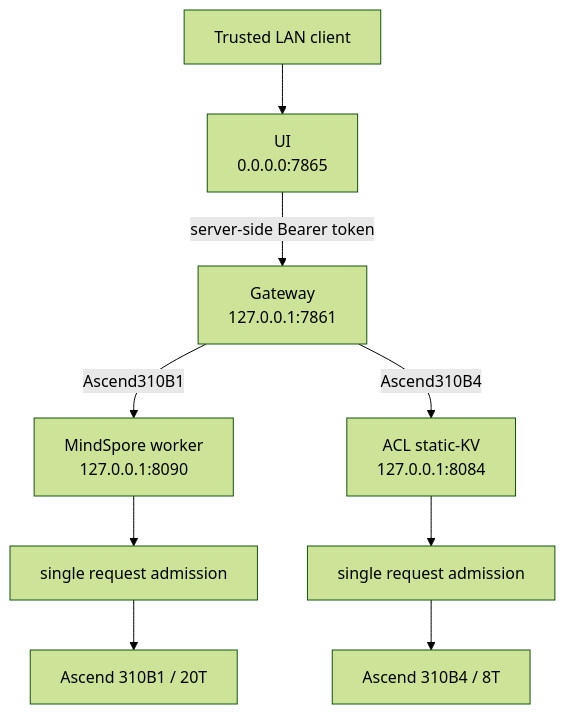
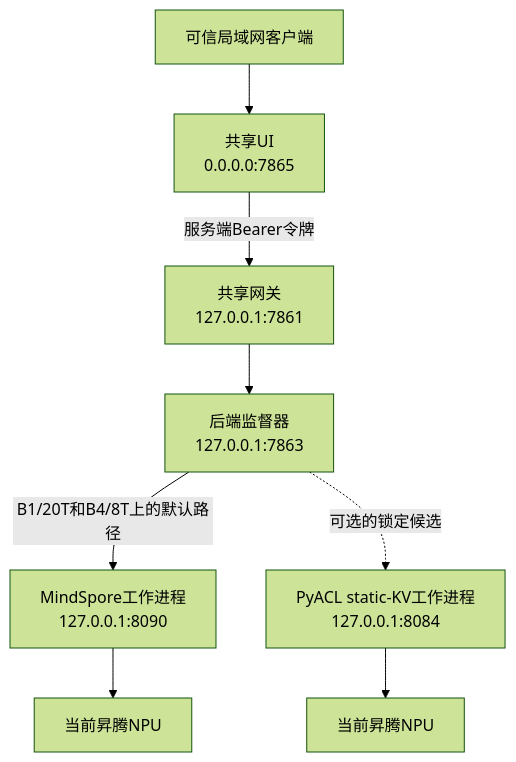
Before and after one commit to zhouxzh/Ascend310: the diagram in samples/case9/docs/00-release-overview.md, drawn with Mermaid (forest theme). The commit also changed other lines of this file and 86 other files, not shown here.

Commit message:
case9: unify MindSpore chat runtime across 8T and 20T

````diff
--- a/samples/case9/docs/00-release-overview.md
+++ b/samples/case9/docs/00-release-overview.md
@@ -11,14 +11,13 @@
 ```mermaid
 flowchart TB
-    accTitle: Ascend Edge Chat process boundaries
-    accDescr: The browser accesses only the UI. The UI owns the gateway token. The gateway selects one loopback backend, either the MindSpore worker on 20T or the fixed ACL static-KV service on 8T.
+    accTitle: Ascend Edge Chat进程边界
+    accDescr: 两块板卡均使用一个浏览器UI、环回网关和默认MindSpore工作进程。监督器可选择一个单独锁定的PyACL static-KV候选。
 
-    lan["Trusted LAN client"] --> ui["UI\n0.0.0.0:7865"]
-    ui -->|"server-side Bearer token"| gateway["Gateway\n127.0.0.1:7861"]
-    gateway -->|"Ascend310B1"| ms["MindSpore worker\n127.0.0.1:8090"]
-    gateway -->|"Ascend310B4"| acl["ACL static-KV\n127.0.0.1:8084"]
-    ms --> serial1["single request admission"]
-    acl --> serial2["single request admission"]
-    serial1 --> npu1["Ascend 310B1 / 20T"]
-    serial2 --> npu2["Ascend 310B4 / 8T"]
+    lan["可信局域网客户端"] --> ui["共享UI\n0.0.0.0:7865"]
+    ui -->|"服务端Bearer令牌"| gateway["共享网关\n127.0.0.1:7861"]
+    gateway --> supervisor["后端监督器\n127.0.0.1:7863"]
+    supervisor -->|"B1/20T和B4/8T上的默认路径"| ms["MindSpore工作进程\n127.0.0.1:8090"]
+    supervisor -. "可选的锁定候选" .-> acl["PyACL static-KV工作进程\n127.0.0.1:8084"]
+    ms --> npu1["当前昇腾NPU"]
+    acl --> npu2["当前昇腾NPU"]
 ```
````
